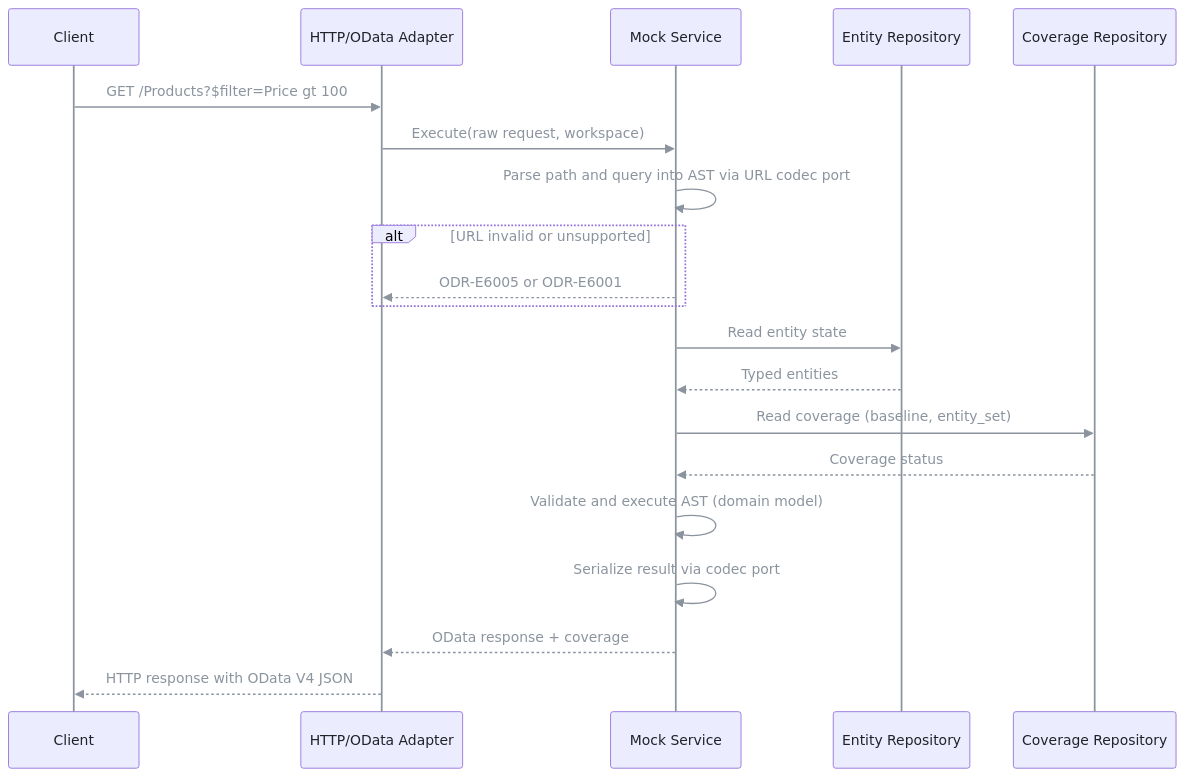
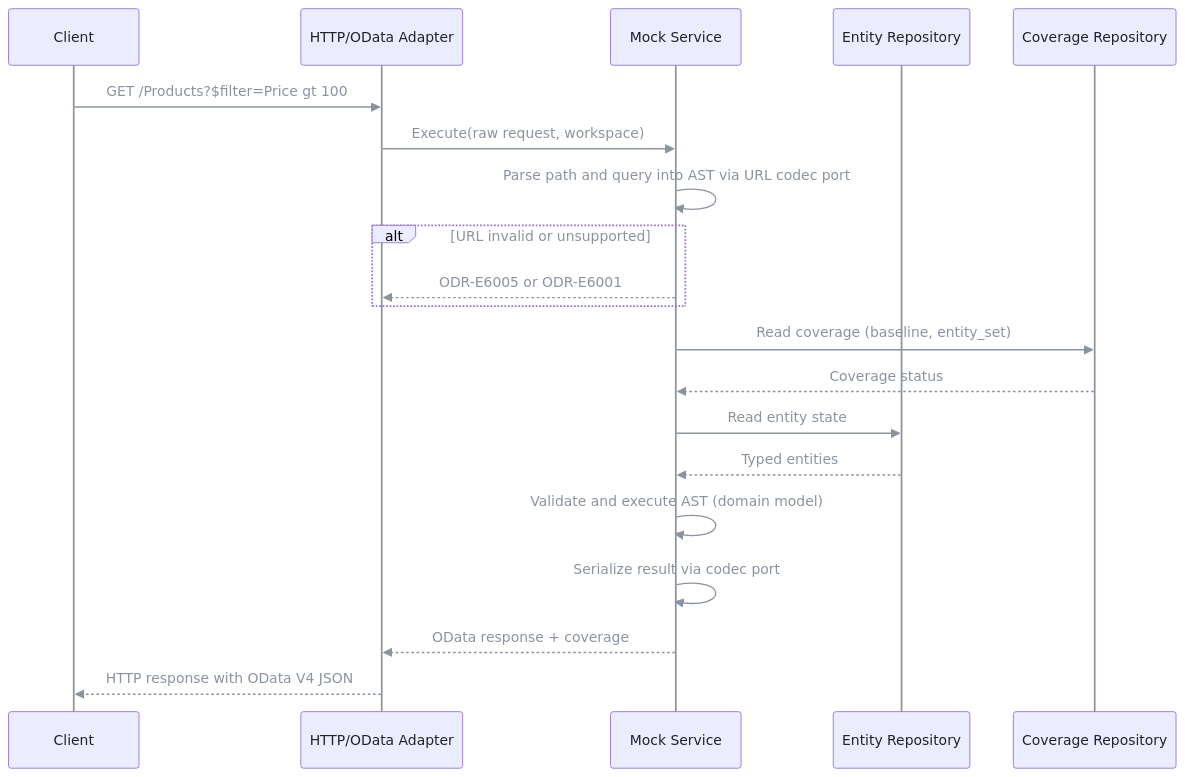
One commit to pt9912/odata-recorder changed the fifth of 11 diagrams in spec/architecture.md. Above: the diagram before and after it, drawn with Mermaid. The commit also changed other lines of this file and 3 other files, not shown here.

````diff
--- a/spec/architecture.md
+++ b/spec/architecture.md
@@ -381,23 +381,23 @@
 ```mermaid
 %%{init: {'themeVariables': {'lineColor': '#8b949e', 'signalColor': '#8b949e', 'signalTextColor': '#8b949e', 'actorLineColor': '#8b949e', 'loopTextColor': '#8b949e', 'textColor': '#c9d1d9', 'primaryTextColor': '#1f2328', 'nodeTextColor': '#1f2328', 'actorTextColor': '#1f2328', 'noteTextColor': '#1f2328', 'edgeLabelBackground': '#30363d'}}}%%
 sequenceDiagram
     participant C as Client
     participant H as HTTP/OData Adapter
     participant M as Mock Service
     participant E as Entity Repository
     participant V as Coverage Repository
     C->>H: GET /Products?$filter=Price gt 100
     H->>M: Execute(raw request, workspace)
     M->>M: Parse path and query into AST via URL codec port
     alt URL invalid or unsupported
         M-->>H: ODR-E6005 or ODR-E6001
     end
+    M->>V: Read coverage (baseline, entity_set)
+    V-->>M: Coverage status
     M->>E: Read entity state
     E-->>M: Typed entities
-    M->>V: Read coverage (baseline, entity_set)
-    V-->>M: Coverage status
     M->>M: Validate and execute AST (domain model)
     M->>M: Serialize result via codec port
     M-->>H: OData response + coverage
     H-->>C: HTTP response with OData V4 JSON
 ```
````
